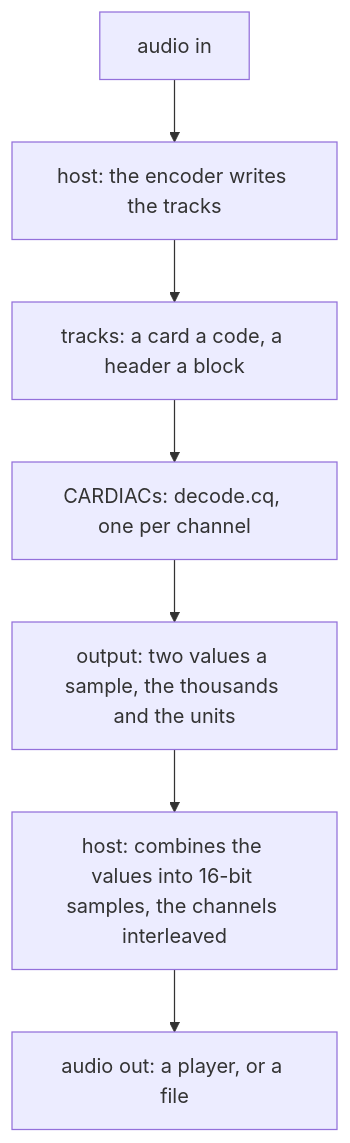
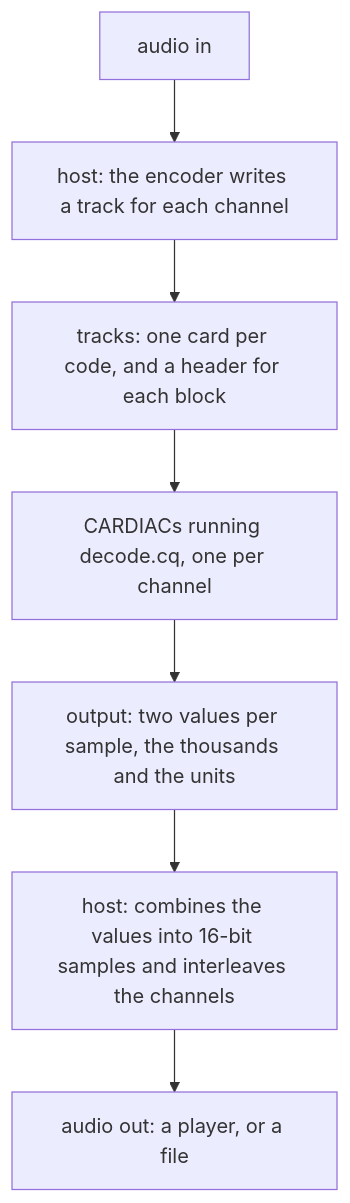
The first of 4 diagrams in docs/AUDIO.md (StrangeQuery/cardiaq), drawn with Mermaid before and after one commit. The commit also changed other lines of this file and 2 other files, not shown here.

First line of the commit message:
Rewrite the audio paper in plain English

````diff
--- a/docs/AUDIO.md
+++ b/docs/AUDIO.md
@@ -44,9 +55,9 @@
 ```mermaid
 flowchart TD
-  A["audio in"] --> H1["host: the encoder writes the tracks"]
-  H1 --> T1["tracks: a card a code, a header a block"]
-  T1 --> C["CARDIACs: decode.cq, one per channel"]
-  C --> T2["output: two values a sample, the thousands and the units"]
-  T2 --> H2["host: combines the values into 16-bit samples, the channels interleaved"]
+  A["audio in"] --> H1["host: the encoder writes a track for each channel"]
+  H1 --> T1["tracks: one card per code, and a header for each block"]
+  T1 --> C["CARDIACs running decode.cq, one per channel"]
+  C --> T2["output: two values per sample, the thousands and the units"]
+  T2 --> H2["host: combines the values into 16-bit samples and interleaves the channels"]
   H2 --> O["audio out: a player, or a file"]
 ```
````
